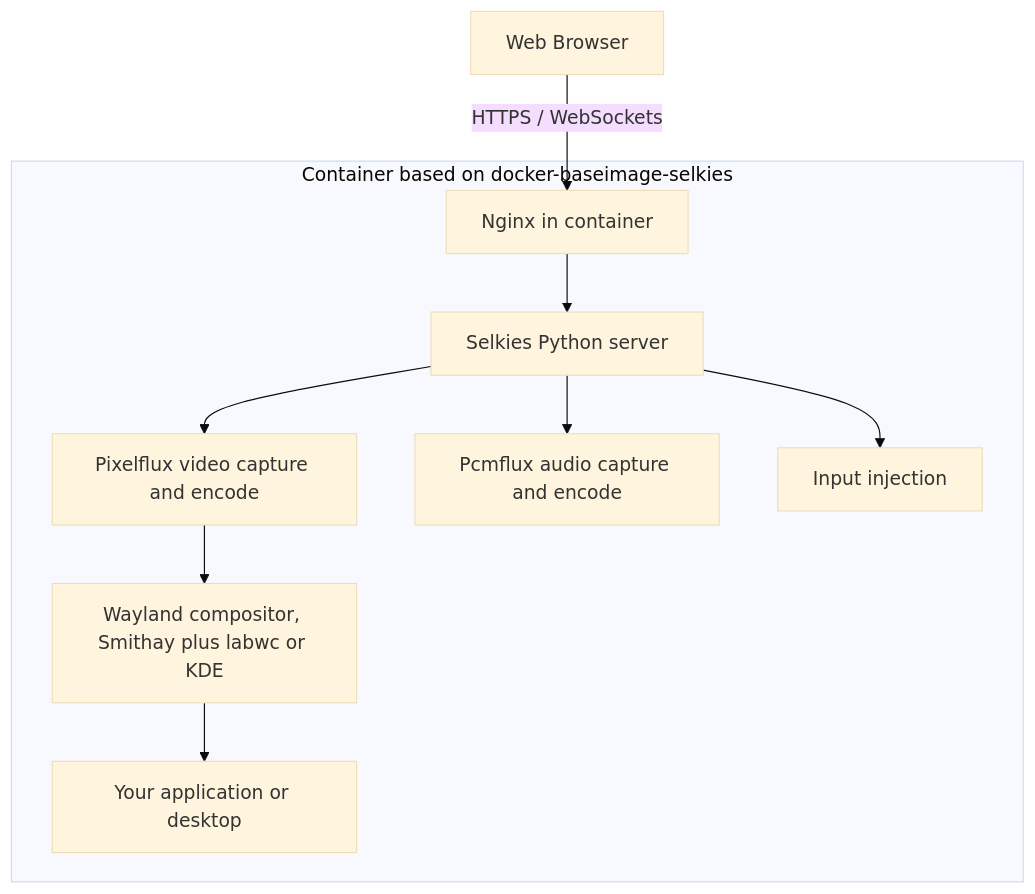
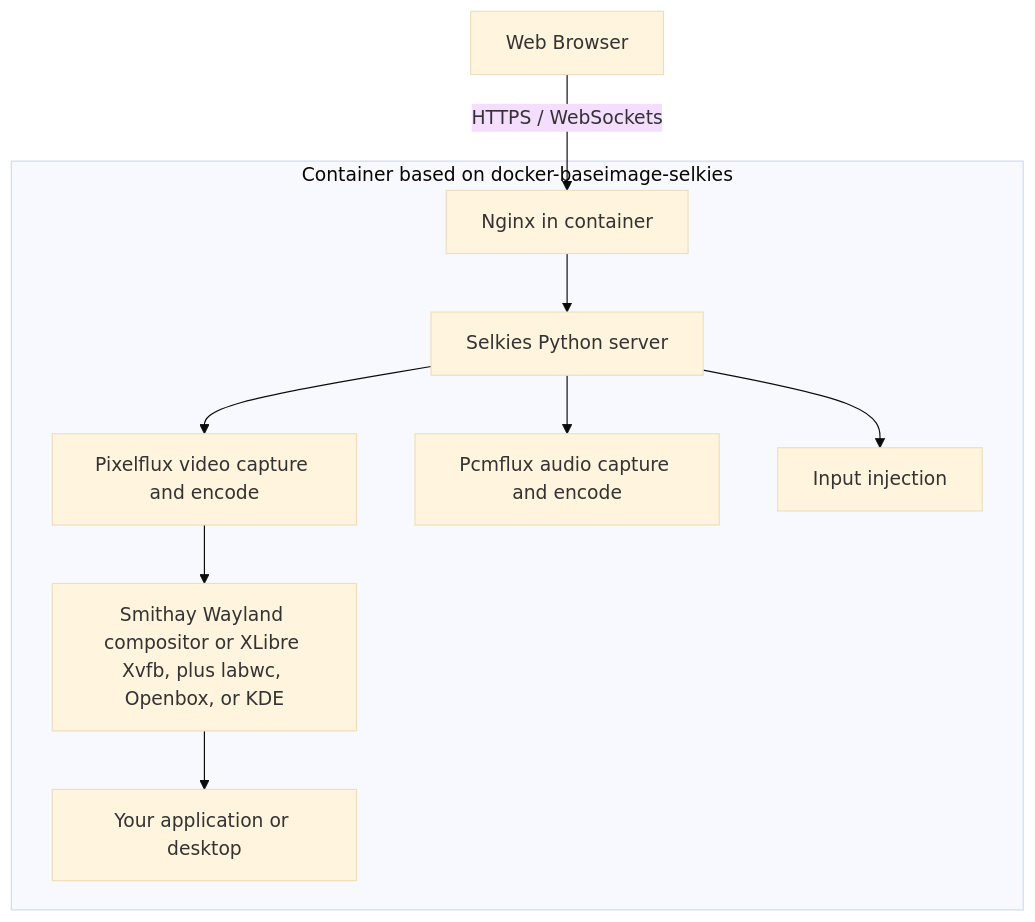
One commit to linuxserver/docker-documentation changed the diagram in docs/selkies/index.md. Above: the diagram before and after it, drawn with Mermaid (base theme). The commit also changed other lines of this file and 10 other files, not shown here.

````diff
--- a/docs/selkies/index.md
+++ b/docs/selkies/index.md
@@ -72,19 +72,19 @@
 ```mermaid
 graph TD
     B[Web Browser] -->|HTTPS / WebSockets| N[Nginx in container]
     N --> S[Selkies Python server]
     S --> PF[Pixelflux video capture and encode]
     S --> PC[Pcmflux audio capture and encode]
     S --> I[Input injection]
-    PF --> C[Wayland compositor, Smithay plus labwc or KDE]
+    PF --> C[Smithay Wayland compositor or XLibre Xvfb, plus labwc, Openbox, or KDE]
     C --> A[Your application or desktop]
     subgraph Container based on docker-baseimage-selkies
         N
         S
         PF
         PC
         I
         C
         A
     end
 ```
````
